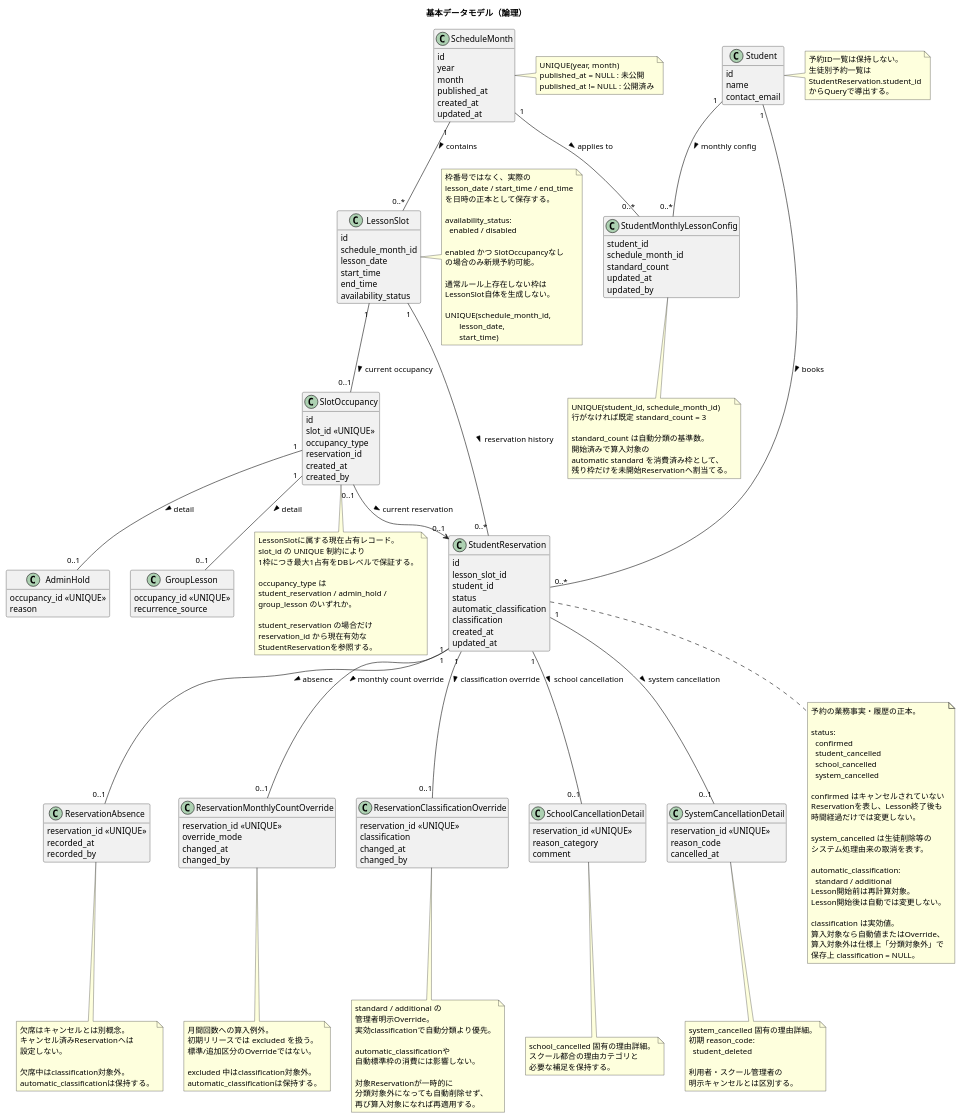
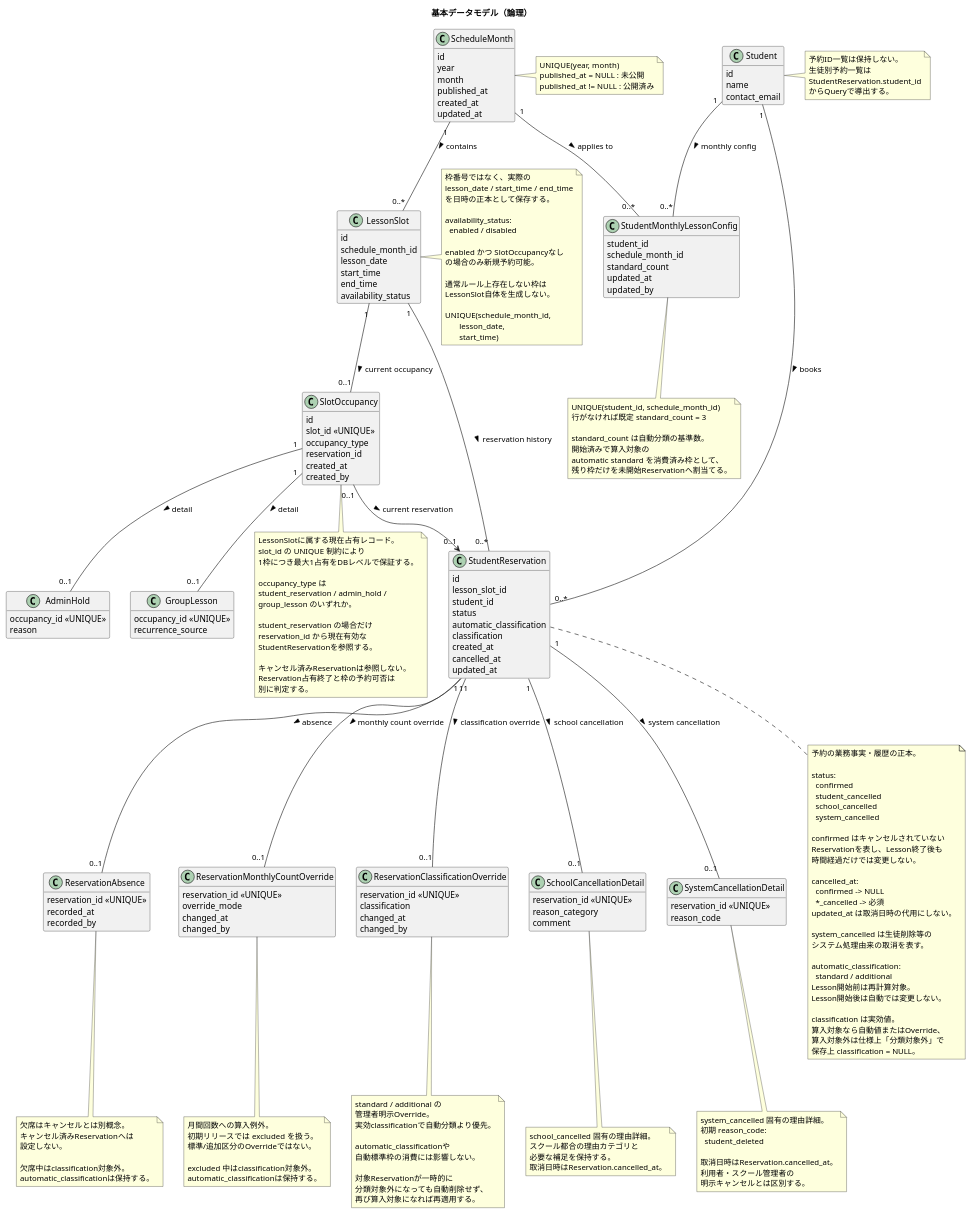
One commit to suzukure/nssscdl changed the diagram in docs/diagrams/plantuml/data-model-overview.puml. Above: the diagram before and after it, drawn with PlantUML.

Commit message:
キャンセル共通日時を論理図へ反映

```diff
--- a/docs/diagrams/plantuml/data-model-overview.puml
+++ b/docs/diagrams/plantuml/data-model-overview.puml
@@ -37,6 +37,7 @@
   automatic_classification
   classification
   created_at
+  cancelled_at
   updated_at
 }
 
@@ -69,7 +70,6 @@
 class SystemCancellationDetail {
   reservation_id <<UNIQUE>>
   reason_code
-  cancelled_at
 }
 
 class StudentMonthlyLessonConfig {
@@ -161,6 +161,11 @@
   Reservationを表し、Lesson終了後も
   時間経過だけでは変更しない。
 
+  cancelled_at:
+    confirmed -> NULL
+    *_cancelled -> 必須
+  updated_at は取消日時の代用にしない。
+
   system_cancelled は生徒削除等の
   システム処理由来の取消を表す。
 
@@ -210,6 +215,7 @@
   school_cancelled 固有の理由詳細。
   スクール都合の理由カテゴリと
   必要な補足を保持する。
+  取消日時はReservation.cancelled_at。
 end note
 
 note bottom of SystemCancellationDetail
@@ -217,6 +223,7 @@
   初期 reason_code:
     student_deleted
 
+  取消日時はReservation.cancelled_at。
   利用者・スクール管理者の
   明示キャンセルとは区別する。
 end note
@@ -243,6 +250,10 @@
   student_reservation の場合だけ
   reservation_id から現在有効な
   StudentReservationを参照する。
+
+  キャンセル済みReservationは参照しない。
+  Reservation占有終了と枠の予約可否は
+  別に判定する。
 end note
 
 @enduml
```
